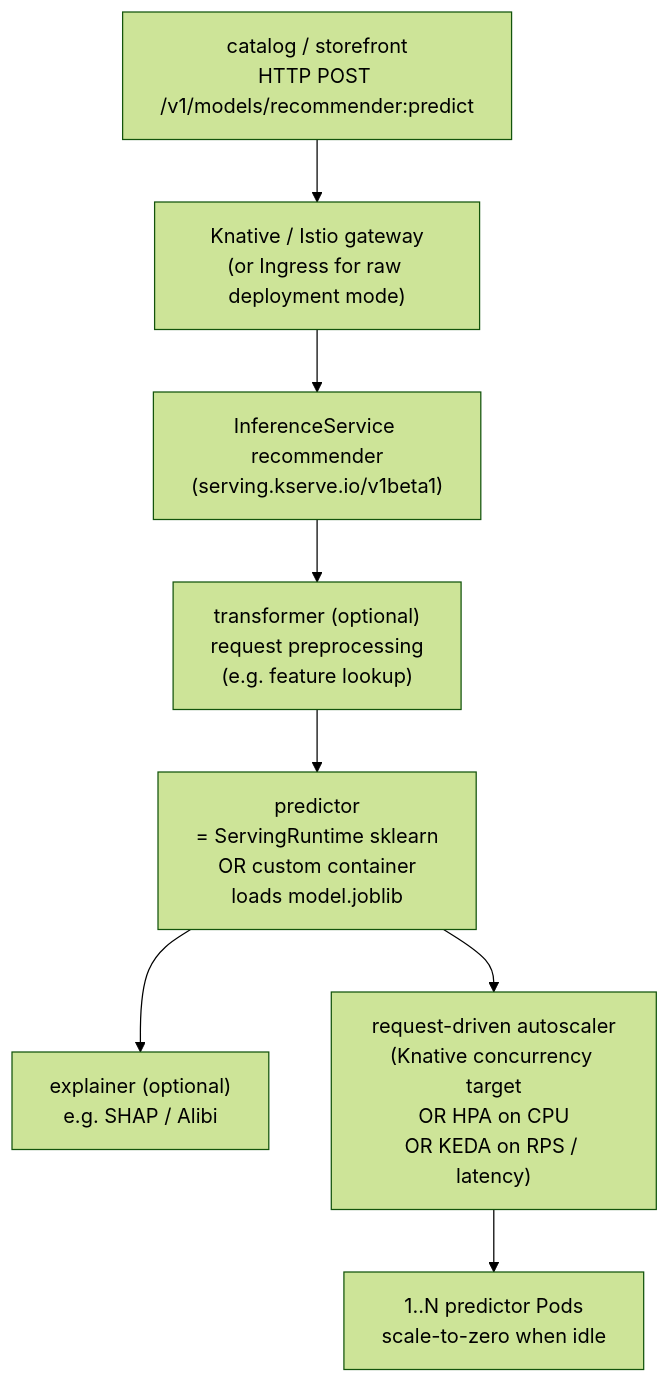
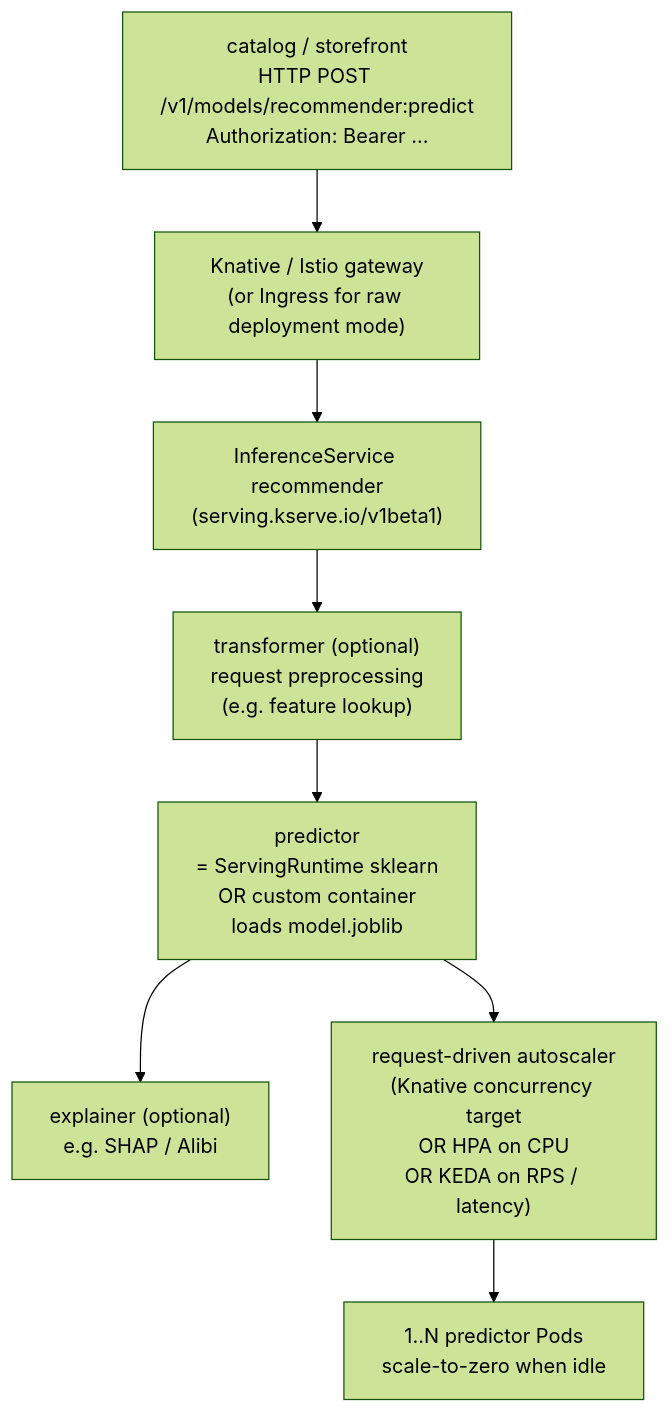
The diagram in full-guide/12-kubernetes-for-machine-learning/06-model-serving-and-inference.md (abd-ulbasit/bookstore-kubernetes-guide), drawn with Mermaid (forest theme) before and after one commit. The commit also changed other lines of this file and 8 other files, not shown here.

````diff
--- a/full-guide/12-kubernetes-for-machine-learning/06-model-serving-and-inference.md
+++ b/full-guide/12-kubernetes-for-machine-learning/06-model-serving-and-inference.md
@@ -134,16 +126,16 @@
 ```mermaid
 flowchart TB
-    client["catalog / storefront<br/>HTTP POST /v1/models/recommender:predict"]
+    client["catalog / storefront<br/>HTTP POST /v1/models/recommender:predict<br/>Authorization: Bearer ..."]
     gw["Knative / Istio gateway<br/>(or Ingress for raw deployment mode)"]
     is["InferenceService recommender<br/>(serving.kserve.io/v1beta1)"]
     tx["transformer (optional)<br/>request preprocessing<br/>(e.g. feature lookup)"]
     pred["predictor<br/>= ServingRuntime sklearn<br/>OR custom container<br/>loads model.joblib"]
     exp["explainer (optional)<br/>e.g. SHAP / Alibi"]
     autos["request-driven autoscaler<br/>(Knative concurrency target<br/>OR HPA on CPU<br/>OR KEDA on RPS / latency)"]
     pods["1..N predictor Pods<br/>scale-to-zero when idle"]
 
     client --> gw --> is
     is --> tx --> pred
     pred --> exp
     pred --> autos --> pods
 ```
````
